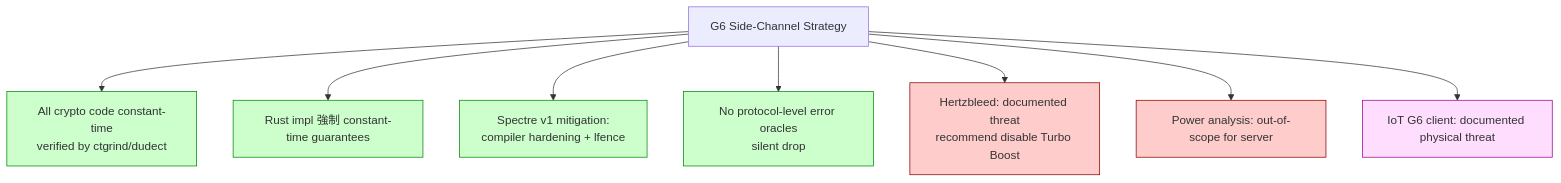
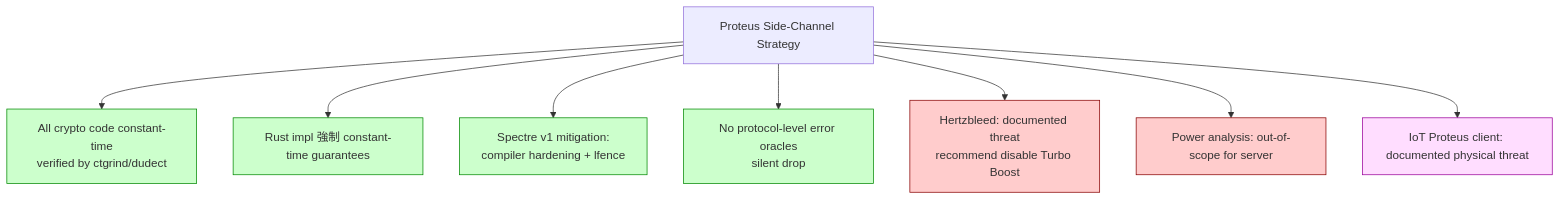
The sixth of 6 diagrams in lessons/part-3-cryptography/3.13-side-channels.md (Icarus603/network-from-scratch), drawn with Mermaid before and after one commit. The commit also changed other lines of this file and 300 other files, not shown here.

````diff
--- a/lessons/part-3-cryptography/3.13-side-channels.md
+++ b/lessons/part-3-cryptography/3.13-side-channels.md
@@ -442,15 +442,15 @@
 ```mermaid
 flowchart TD
     classDef chosen fill:#cfc,stroke:#080
     classDef known fill:#fdf,stroke:#909
     classDef ack fill:#fcc,stroke:#800
 
-    G6SC[G6 Side-Channel Strategy]
-    G6SC --> CT[All crypto code constant-time<br/>verified by ctgrind/dudect]:::chosen
-    G6SC --> Lang[Rust impl 強制 constant-time guarantees]:::chosen
-    G6SC --> Spectre[Spectre v1 mitigation:<br/>compiler hardening + lfence]:::chosen
-    G6SC --> NoOracle[No protocol-level error oracles<br/>silent drop]:::chosen
-    G6SC --> Hertz[Hertzbleed: documented threat<br/>recommend disable Turbo Boost]:::ack
-    G6SC --> Power[Power analysis: out-of-scope for server]:::ack
-    G6SC --> IoT[IoT G6 client: documented physical threat]:::known
+    ProteusSC[Proteus Side-Channel Strategy]
+    ProteusSC --> CT[All crypto code constant-time<br/>verified by ctgrind/dudect]:::chosen
+    ProteusSC --> Lang[Rust impl 強制 constant-time guarantees]:::chosen
+    ProteusSC --> Spectre[Spectre v1 mitigation:<br/>compiler hardening + lfence]:::chosen
+    ProteusSC --> NoOracle[No protocol-level error oracles<br/>silent drop]:::chosen
+    ProteusSC --> Hertz[Hertzbleed: documented threat<br/>recommend disable Turbo Boost]:::ack
+    ProteusSC --> Power[Power analysis: out-of-scope for server]:::ack
+    ProteusSC --> IoT[IoT Proteus client: documented physical threat]:::known
 ```
````
